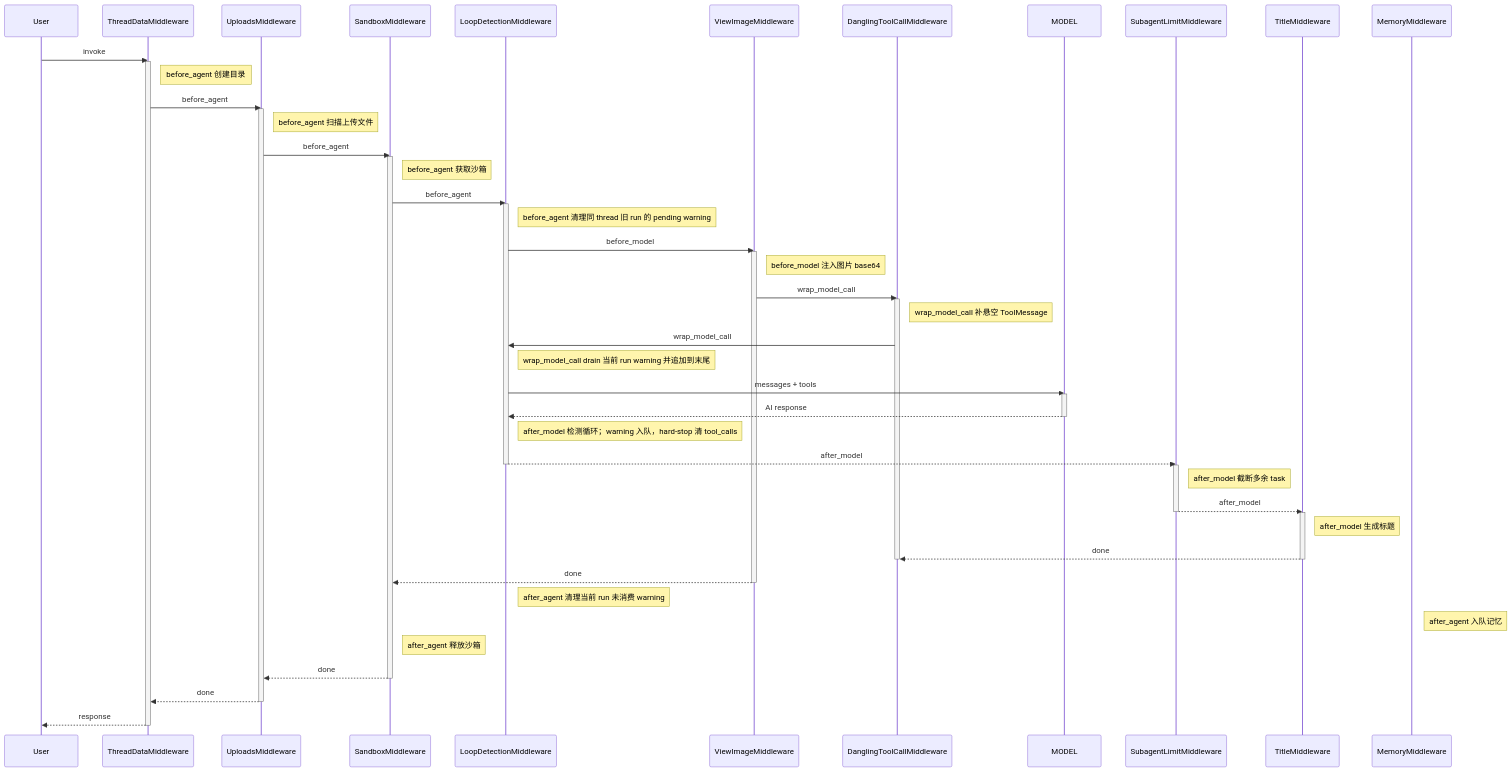
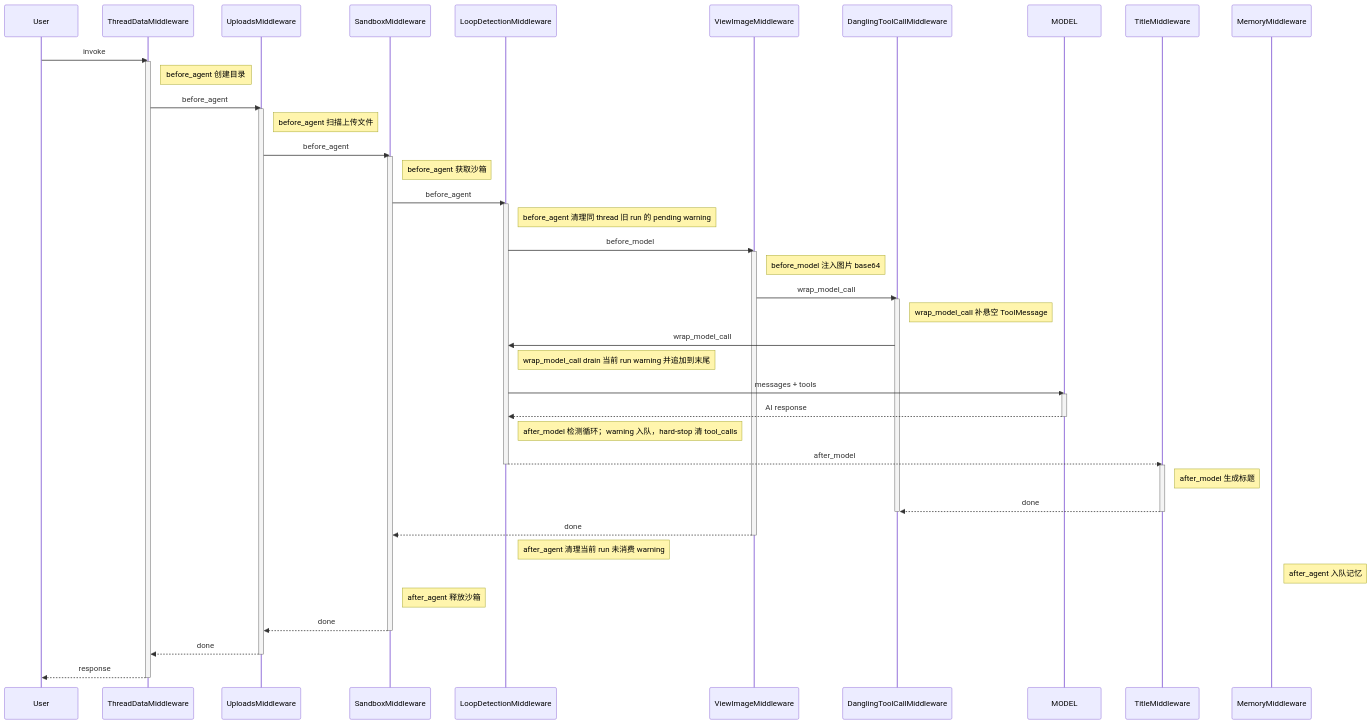
One commit to pingxia710/DeerFlow changed the second of 4 diagrams in backend/docs/middleware-execution-flow.md. Above: the diagram before and after it, drawn with Mermaid. The commit also changed other lines of this file and 249 other files, not shown here.

````diff
--- a/backend/docs/middleware-execution-flow.md
+++ b/backend/docs/middleware-execution-flow.md
@@ -87,76 +86,70 @@
 ```mermaid
 sequenceDiagram
     participant U as User
     participant TD as ThreadDataMiddleware
     participant UL as UploadsMiddleware
     participant SB as SandboxMiddleware
     participant LD as LoopDetectionMiddleware
     participant VI as ViewImageMiddleware
     participant DTC as DanglingToolCallMiddleware
     participant M as MODEL
-    participant SL as SubagentLimitMiddleware
     participant TI as TitleMiddleware
     participant MEM as MemoryMiddleware
 
     U ->> TD: invoke
     activate TD
     Note right of TD: before_agent 创建目录
 
     TD ->> UL: before_agent
     activate UL
     Note right of UL: before_agent 扫描上传文件
 
     UL ->> SB: before_agent
     activate SB
     Note right of SB: before_agent 获取沙箱
 
     SB ->> LD: before_agent
     activate LD
     Note right of LD: before_agent 清理同 thread 旧 run 的 pending warning
     LD ->> VI: before_model
     activate VI
     Note right of VI: before_model 注入图片 base64
 
     VI ->> DTC: wrap_model_call
     activate DTC
     Note right of DTC: wrap_model_call 补悬空 ToolMessage
     DTC ->> LD: wrap_model_call
     Note right of LD: wrap_model_call drain 当前 run warning 并追加到末尾
     LD ->> M: messages + tools
     activate M
     M -->> LD: AI response
     deactivate M
 
     Note right of LD: after_model 检测循环；warning 入队，hard-stop 清 tool_calls
-    LD -->> SL: after_model
+    LD -->> TI: after_model
     deactivate LD
-
-    activate SL
-    Note right of SL: after_model 截断多余 task
-    SL -->> TI: after_model
-    deactivate SL
 
     activate TI
     Note right of TI: after_model 生成标题
     TI -->> DTC: done
     deactivate TI
 
     deactivate DTC
 
     VI -->> SB: done
     deactivate VI
 
     Note right of LD: after_agent 清理当前 run 未消费 warning
 
     Note right of MEM: after_agent 入队记忆
 
     Note right of SB: after_agent 释放沙箱
     SB -->> UL: done
     deactivate SB
 
     UL -->> TD: done
     deactivate UL
 
     TD -->> U: response
     deactivate TD
 ```
````
